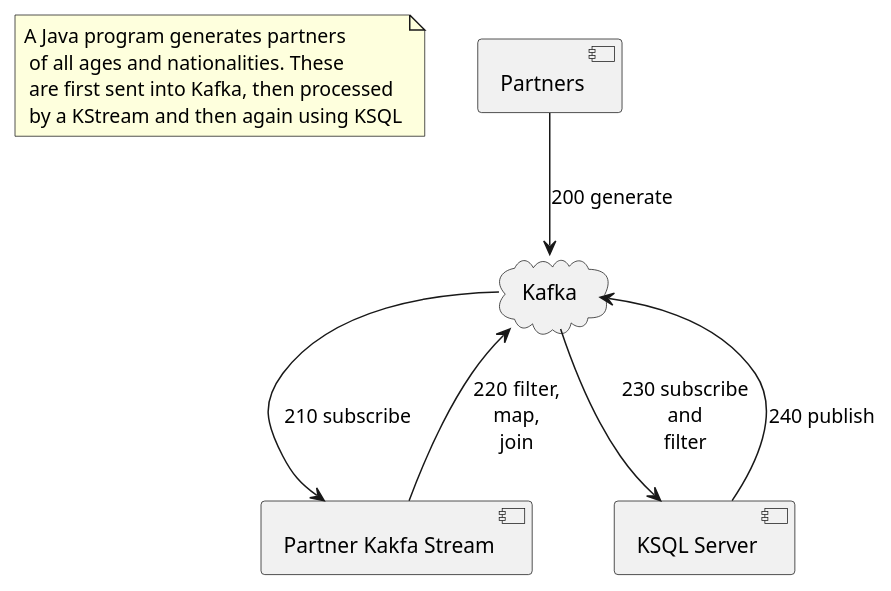
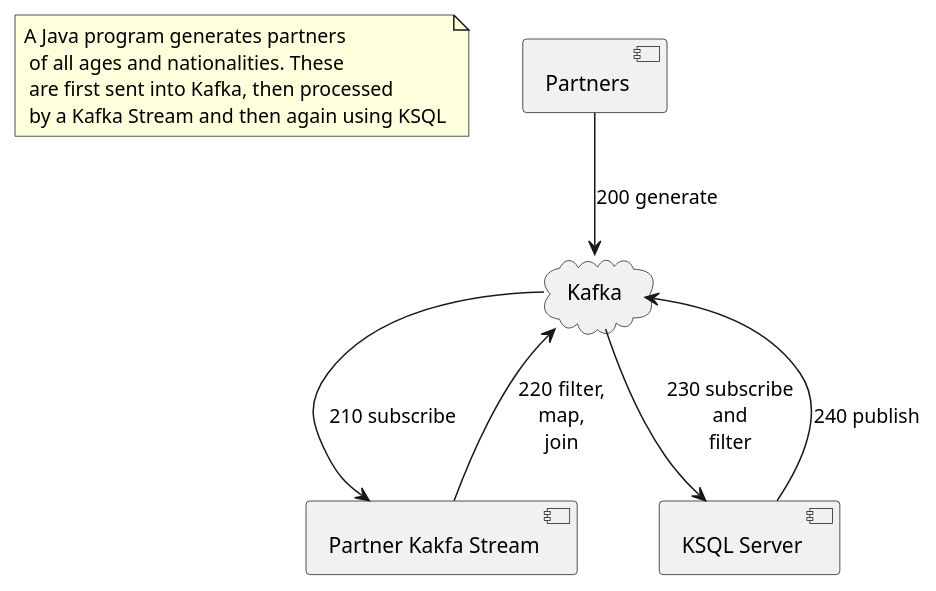
One commit to maxant/kafka-data-consistency changed the diagram in architecture_partners.puml. Above: the diagram before and after it, drawn with PlantUML.

Commit message:
added uml

```diff
--- a/architecture_partners.puml
+++ b/architecture_partners.puml
@@ -1,15 +1,15 @@
 @startuml
 
 skinparam componentStyle uml2
 
-note "A Java program generates partners \n of all ages and nationalities. These \n are first sent into Kafka, then processed \n by a KStream and then again using KSQL" as N
+note "A Java program generates partners \n of all ages and nationalities. These \n are first sent into Kafka, then processed \n by a Kafka Stream and then again using KSQL" as N
 
 cloud Kafka
 
 [Partners] --> [Kafka] : 200 generate
 [Kafka] --> [Partner Kakfa Stream] : 210 subscribe
 [Partner Kakfa Stream] --> [Kafka] : 220 filter,\nmap,\njoin
 [Kafka] --> [KSQL Server] : 230 subscribe\nand\nfilter
 [KSQL Server] --> [Kafka] : 240 publish
 
 @enduml
```
